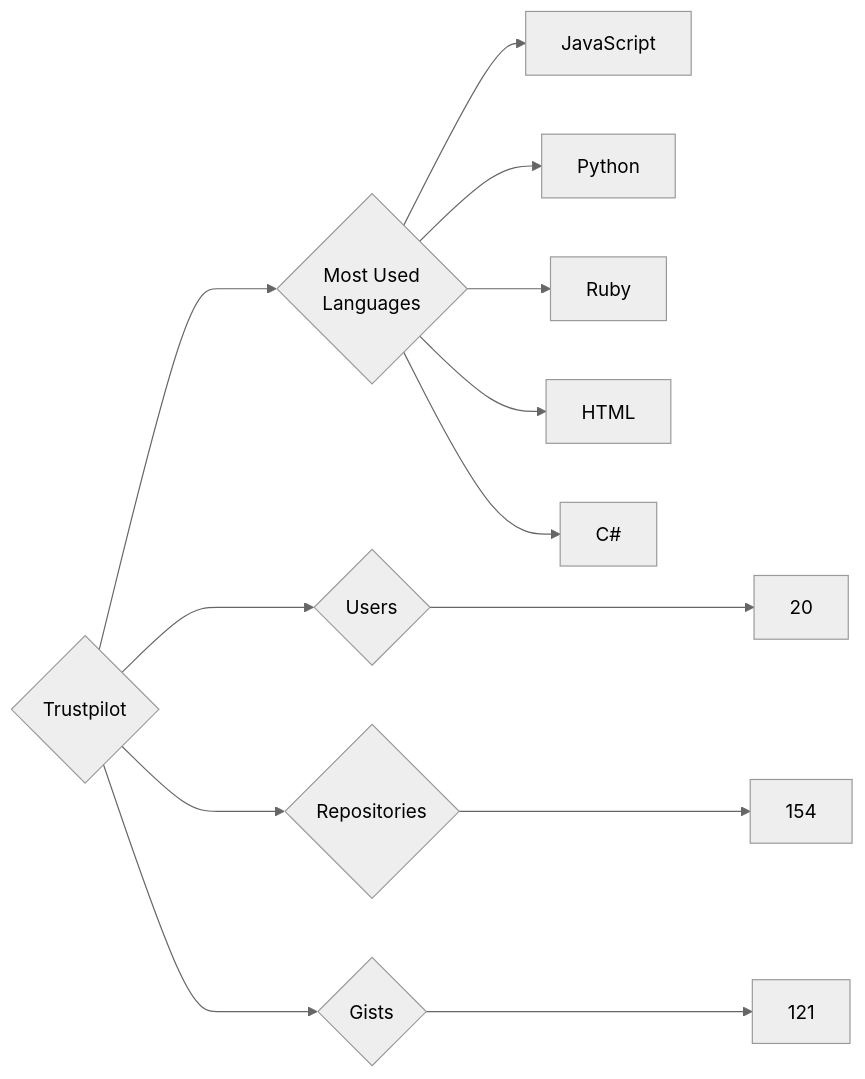
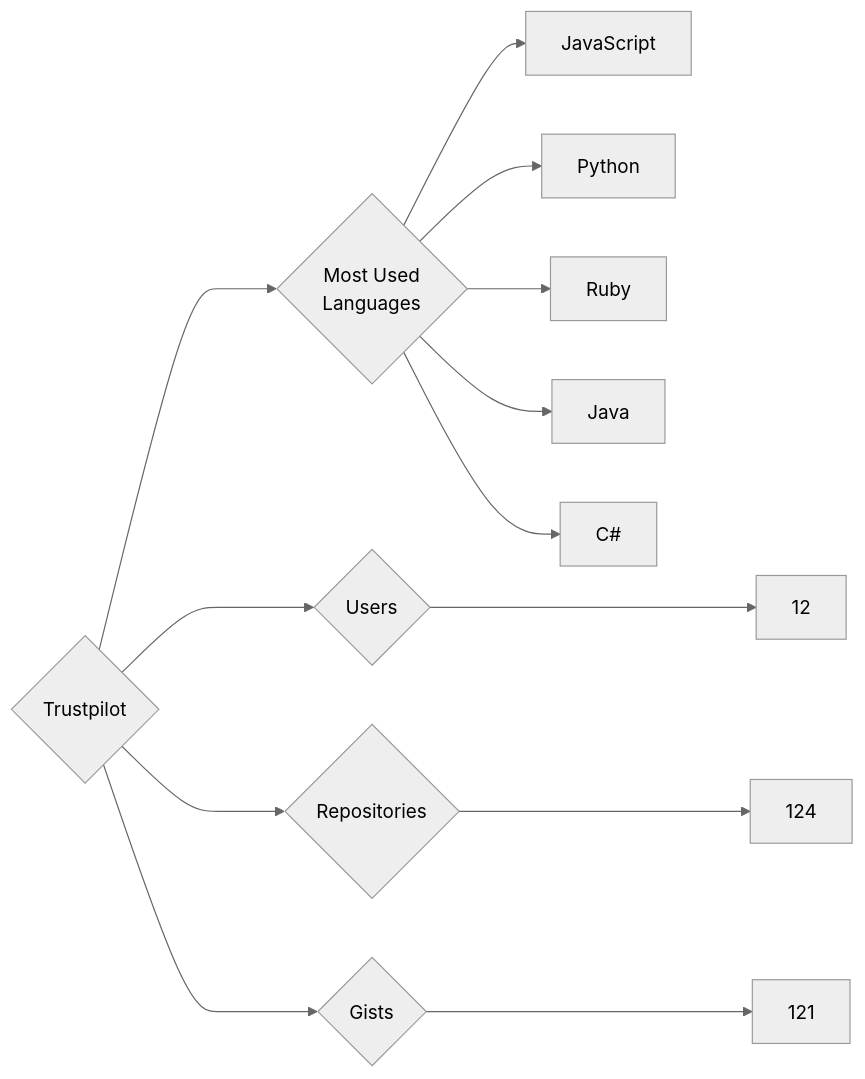
One commit to trickest/insiders changed the diagram in targets/Trustpilot/README.md. Above: the diagram before and after it, drawn with Mermaid (neutral theme). The commit also changed 1248 other files, not shown here.

````diff
--- a/targets/Trustpilot/README.md
+++ b/targets/Trustpilot/README.md
@@ -3,13 +3,13 @@
 ```mermaid
 graph LR
 COMPANY_NAME{Trustpilot}
-COMPANY_NAME ---> U{Users} ---> UN[20]
-COMPANY_NAME ---> R{Repositories} ---> RN[154]
+COMPANY_NAME ---> U{Users} ---> UN[12]
+COMPANY_NAME ---> R{Repositories} ---> RN[124]
 COMPANY_NAME ---> G{Gists} ---> GN[121]
 COMPANY_NAME ---> ML{Most Used<br>Languages}
 ML --> JavaScript[JavaScript]
 ML --> Python[Python]
 ML --> Ruby[Ruby]
-ML --> HTML[HTML]
+ML --> Java[Java]
 ML --> C#[C#]
 ```
````
